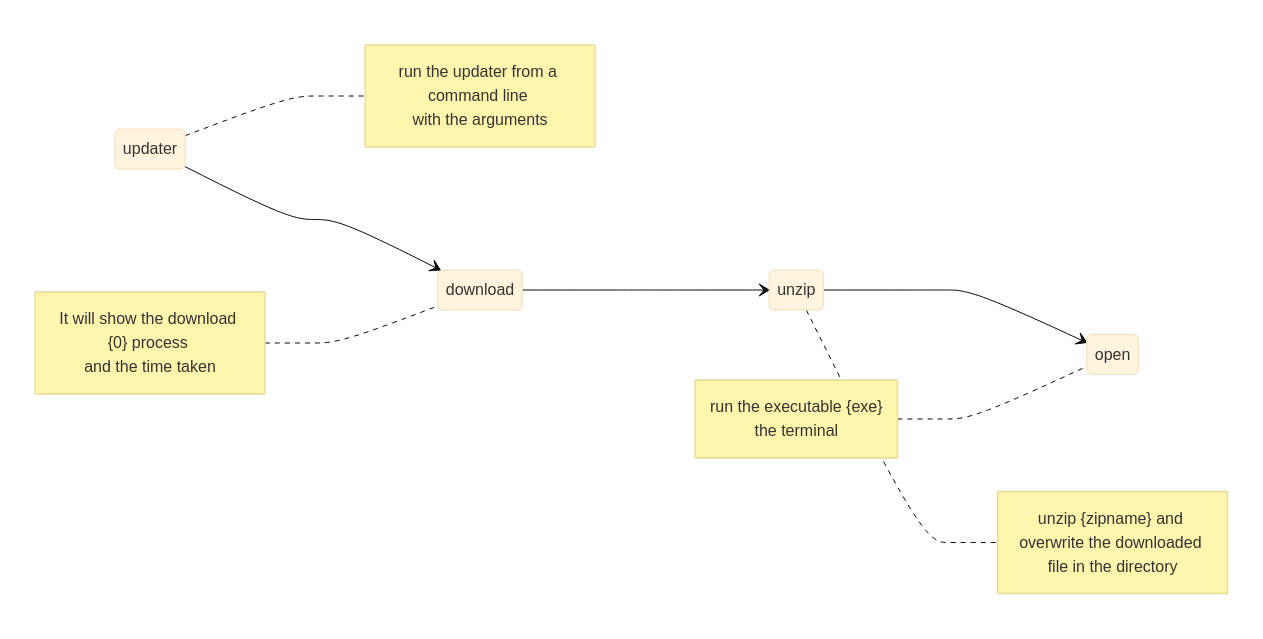
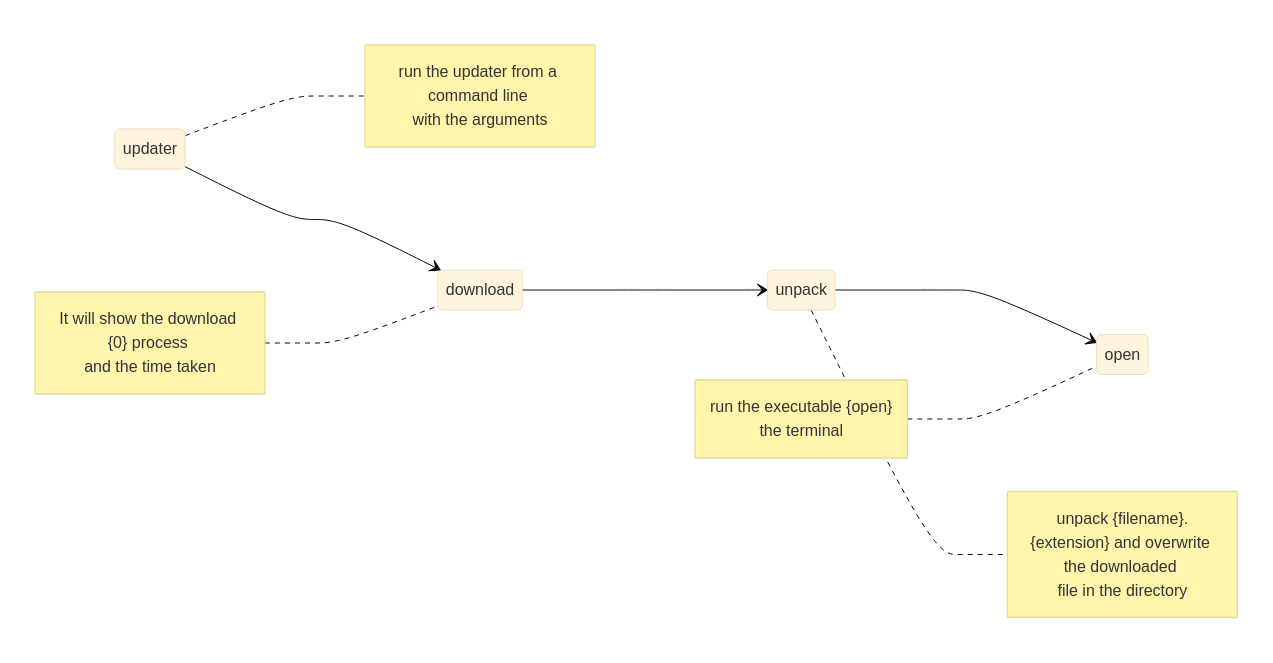
One commit to danijerez/updater changed the diagram in README.md. Above: the diagram before and after it, drawn with Mermaid (base theme). The commit also changed other lines of this file and 15 other files, not shown here.

````diff
--- a/README.md
+++ b/README.md
@@ -21,27 +22,27 @@
 ```mermaid
 stateDiagram-v2
     direction LR
     updater --> download
-    download --> unzip
-    unzip --> open
+    download --> unpack
+    unpack --> open
     
     note right of updater
         run the updater from a command line 
         with the arguments
     end note
 
     note left of download
         It will show the download {0} process 
         and the time taken
     end note
     
-    note right of unzip
-        unzip {zipname} and overwrite the downloaded 
+    note right of unpack
+        unpack {filename}.{extension} and overwrite the downloaded 
         file in the directory
     end note
     
     note left of open
-        run the executable {exe}
+        run the executable {open}
         the terminal
     end note
 ```
````
